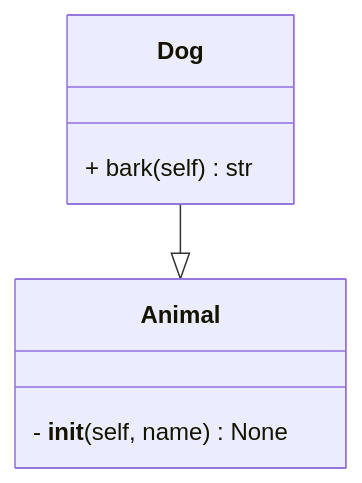
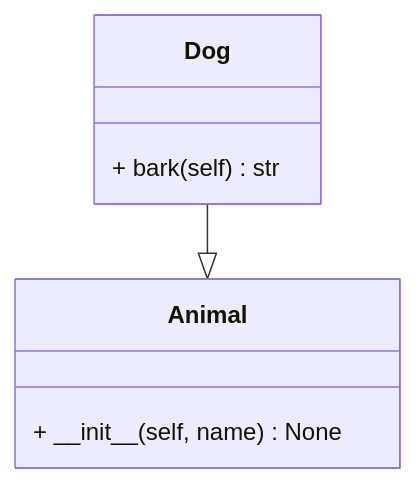
Before and after one commit to diceroll123/pymermaider: the diagram in README.md, drawn with Mermaid. The commit also changed other lines of this file and 1 other file, not shown here.

````diff
--- a/README.md
+++ b/README.md
@@ -141,12 +158,12 @@
 ```mermaid
 classDiagram
     class Animal {
-        - __init__(self, name) None
+        + \_\_init__(self, name) None
     }
 
     class Dog {
         + bark(self) str
     }
 
     Dog --|> Animal
 ```
````
